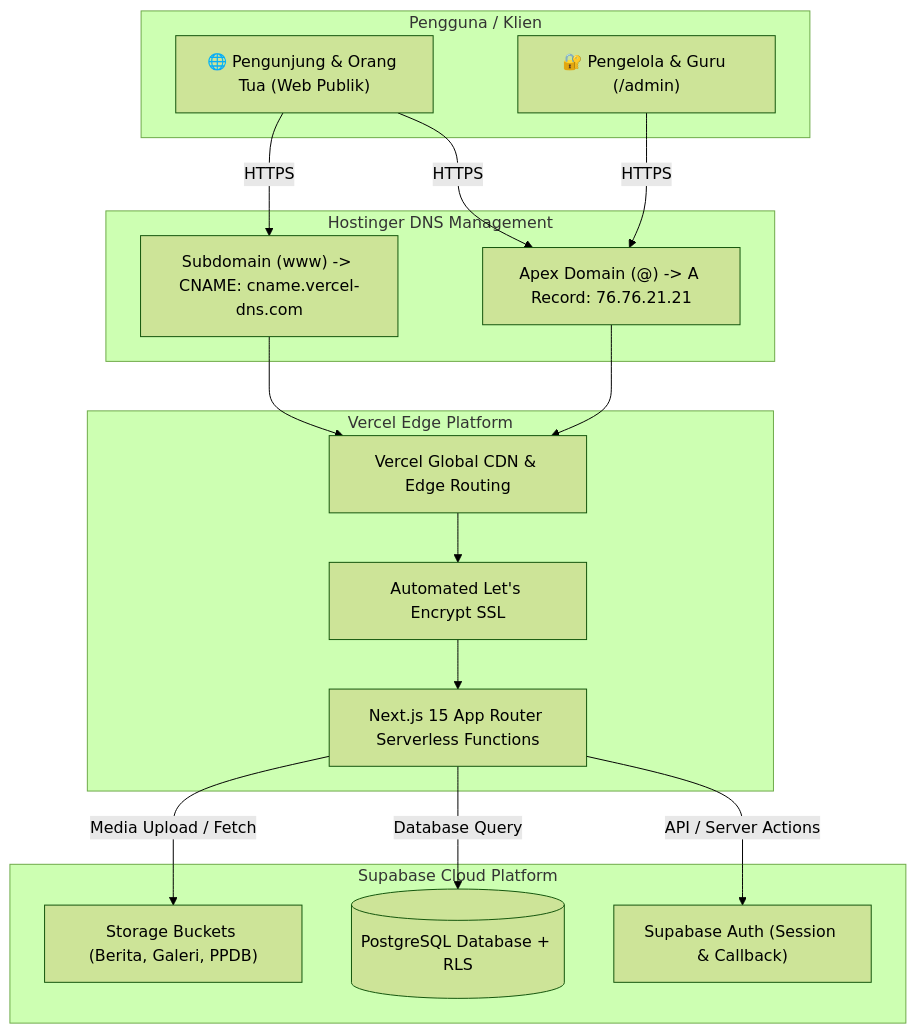
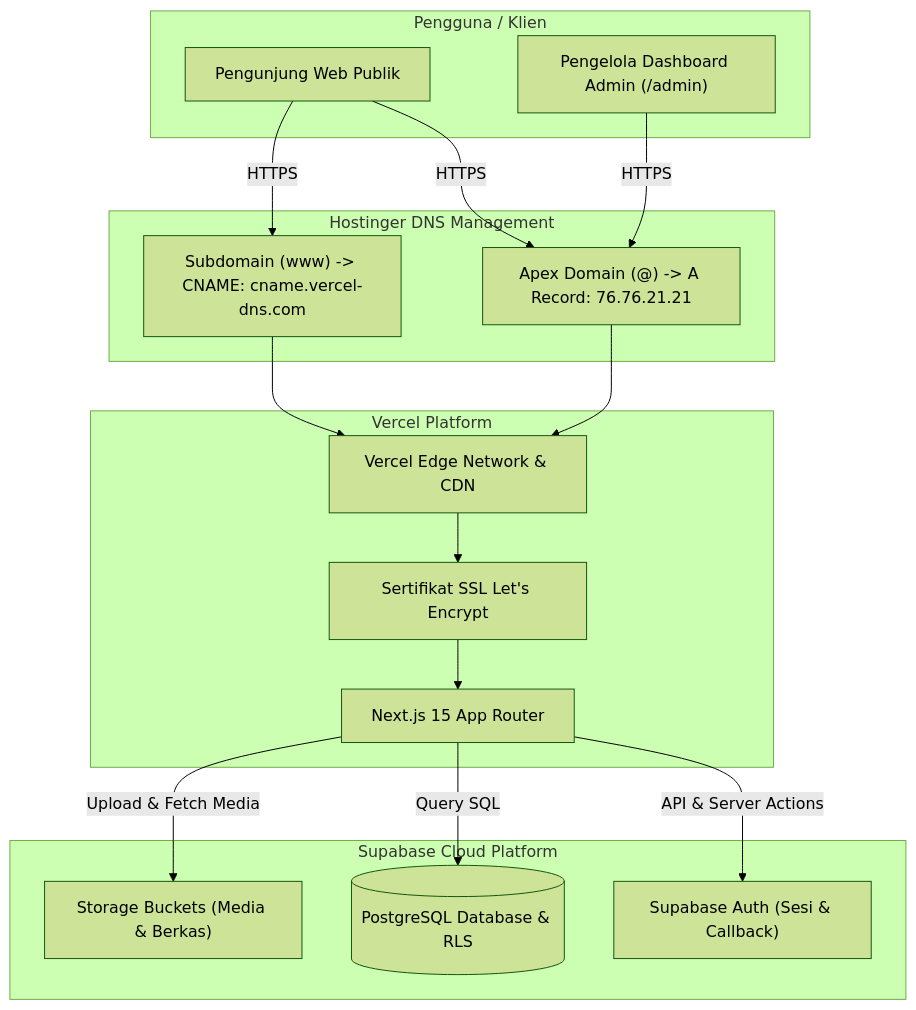
The diagram in docs/deployment/README.md (kyASse/mim-pk-dimoro), drawn with Mermaid (forest theme) before and after one commit. The commit also changed other lines of this file and 4 other files, not shown here.

````diff
--- a/docs/deployment/README.md
+++ b/docs/deployment/README.md
@@ -9,37 +9,37 @@
 ```mermaid
 flowchart TD
     subgraph Klien ["Pengguna / Klien"]
-        User["🌐 Pengunjung & Orang Tua (Web Publik)"]
-        Admin["🔐 Pengelola & Guru (/admin)"]
+        User["Pengunjung Web Publik"]
+        Admin["Pengelola Dashboard Admin (/admin)"]
     end
 
     subgraph DNS ["Hostinger DNS Management"]
         Apex["Apex Domain (@) -> A Record: 76.76.21.21"]
         WWW["Subdomain (www) -> CNAME: cname.vercel-dns.com"]
     end
 
-    subgraph Hosting ["Vercel Edge Platform"]
-        Edge["Vercel Global CDN & Edge Routing"]
-        SSL["Automated Let's Encrypt SSL"]
-        NextApp["Next.js 15 App Router Serverless Functions"]
+    subgraph Hosting ["Vercel Platform"]
+        Edge["Vercel Edge Network & CDN"]
+        SSL["Sertifikat SSL Let's Encrypt"]
+        NextApp["Next.js 15 App Router"]
     end
 
     subgraph Backend ["Supabase Cloud Platform"]
-        Auth["Supabase Auth (Session & Callback)"]
-        DB[("PostgreSQL Database + RLS")]
-        Storage["Storage Buckets (Berita, Galeri, PPDB)"]
+        Auth["Supabase Auth (Sesi & Callback)"]
+        DB[("PostgreSQL Database & RLS")]
+        Storage["Storage Buckets (Media & Berkas)"]
     end
 
     User -->|HTTPS| Apex
     User -->|HTTPS| WWW
     Admin -->|HTTPS| Apex
 
     Apex --> Edge
     WWW --> Edge
     Edge --> SSL
     SSL --> NextApp
 
-    NextApp -->|API / Server Actions| Auth
-    NextApp -->|Database Query| DB
-    NextApp -->|Media Upload / Fetch| Storage
+    NextApp -->|API & Server Actions| Auth
+    NextApp -->|Query SQL| DB
+    NextApp -->|Upload & Fetch Media| Storage
 ```
````
